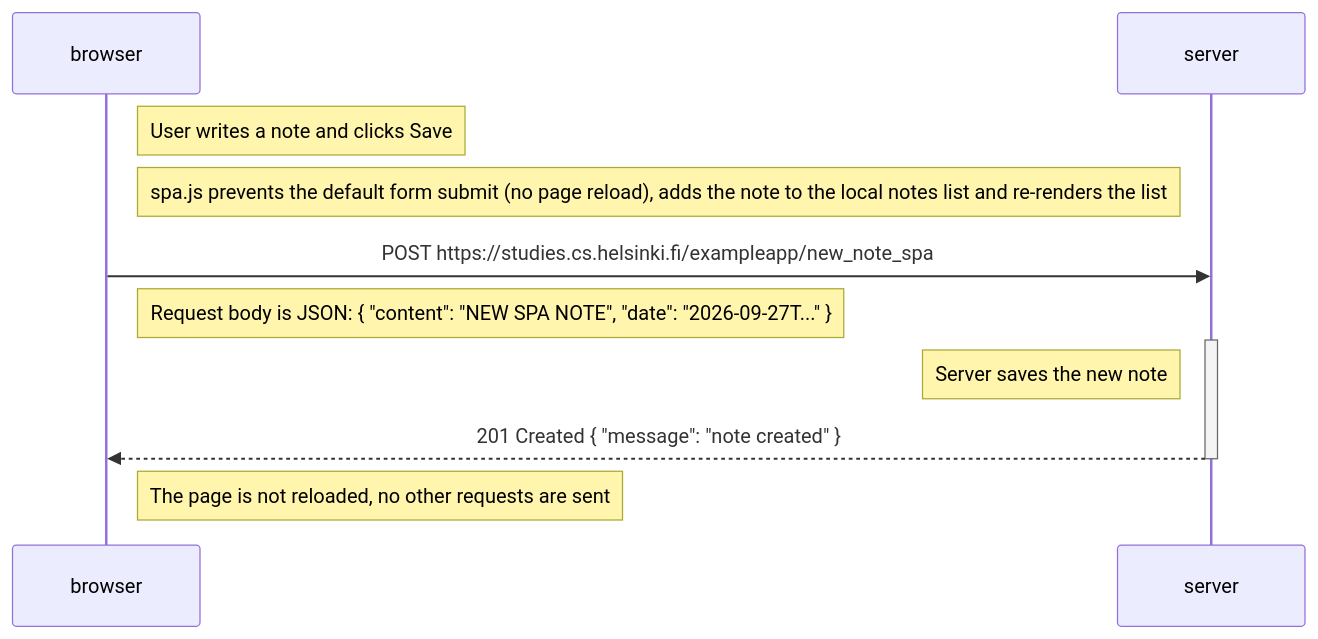
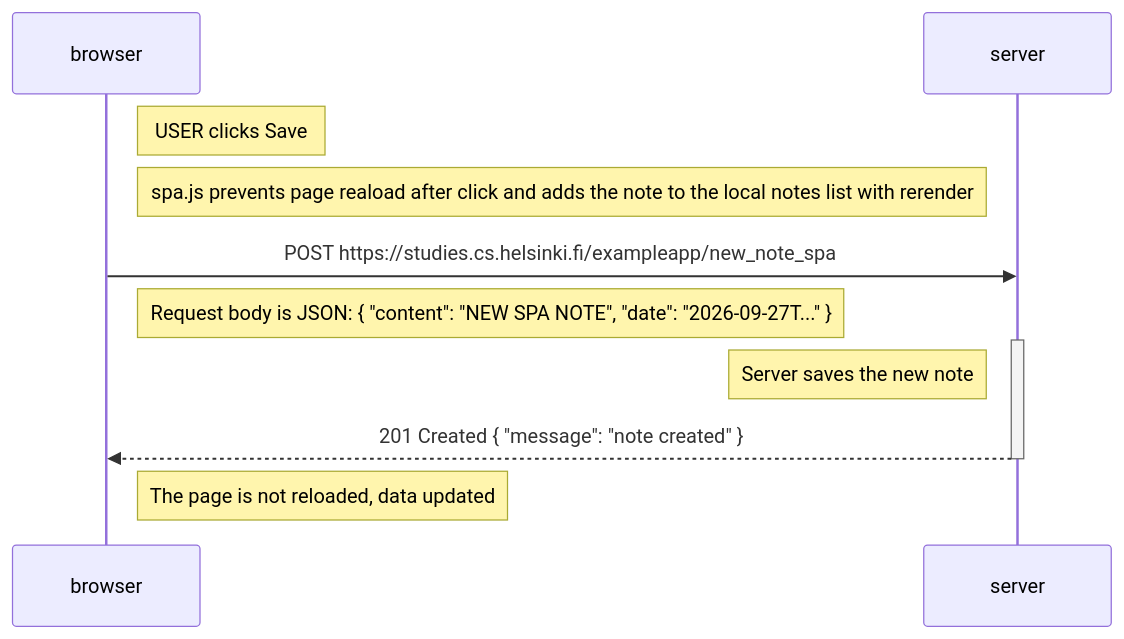
The third of 3 diagrams in part0/README.md (andreivari93/fullstackopen), drawn with Mermaid before and after one commit.

Commit message:
part0 exercises

````diff
--- a/part0/README.md
+++ b/part0/README.md
@@ -81,20 +81,20 @@
 ```mermaid
 
     sequenceDiagram
         participant browser
         participant server
     
-        Note right of browser: User writes a note and clicks Save
+        Note right of browser: USER clicks Save
     
-        Note right of browser: spa.js prevents the default form submit (no page reload), adds the note to the local notes list and re-renders the list
+        Note right of browser: spa.js prevents page reaload after click and adds the note to the local notes list with rerender
     
         browser->>server: POST https://studies.cs.helsinki.fi/exampleapp/new_note_spa
         Note right of browser: Request body is JSON: { "content": "NEW SPA NOTE", "date": "2026-09-27T..." }
         activate server
         Note left of server: Server saves the new note
         server-->>browser: 201 Created { "message": "note created" }
         deactivate server
     
-        Note right of browser: The page is not reloaded, no other requests are sent
+        Note right of browser: The page is not reloaded, data updated
 
 ```
````
